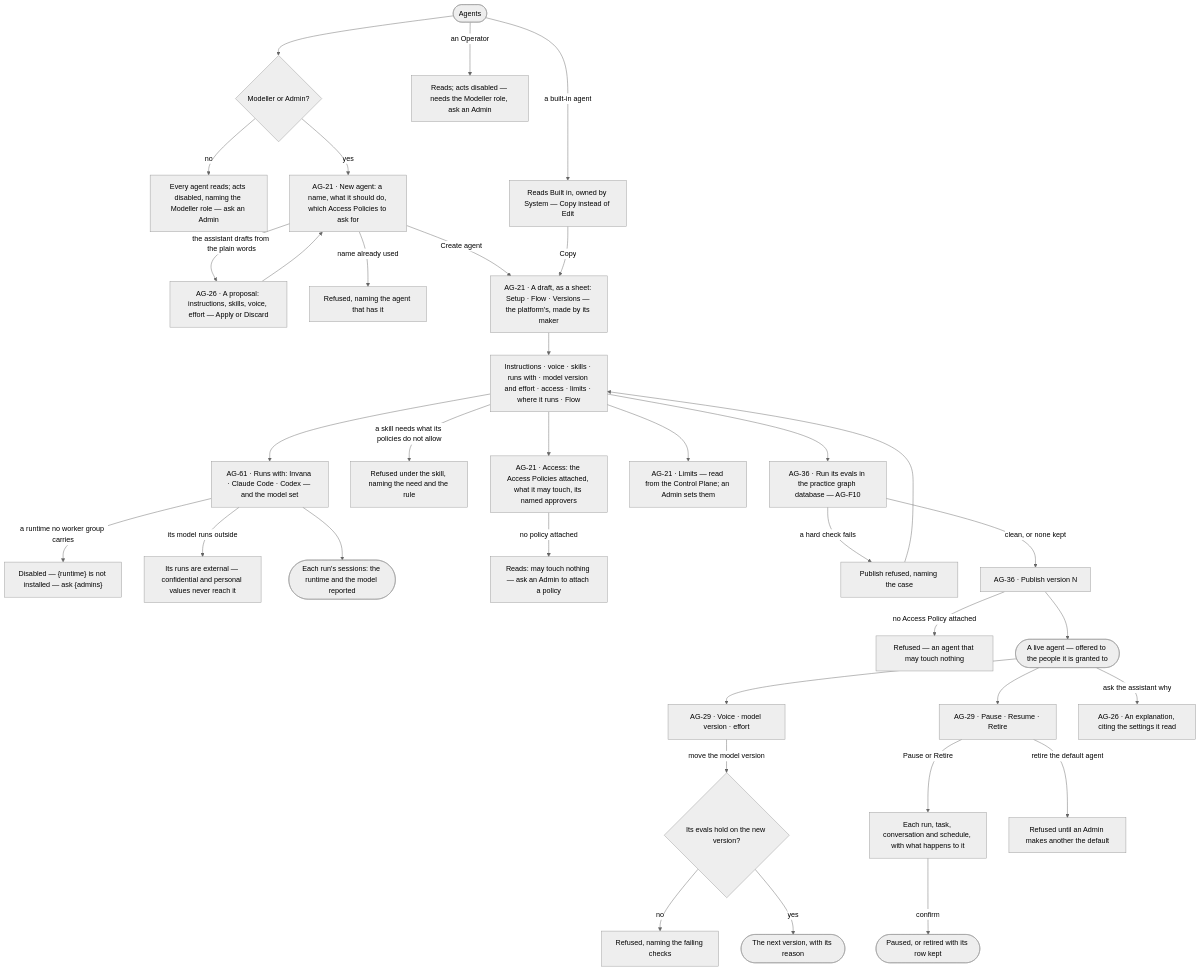
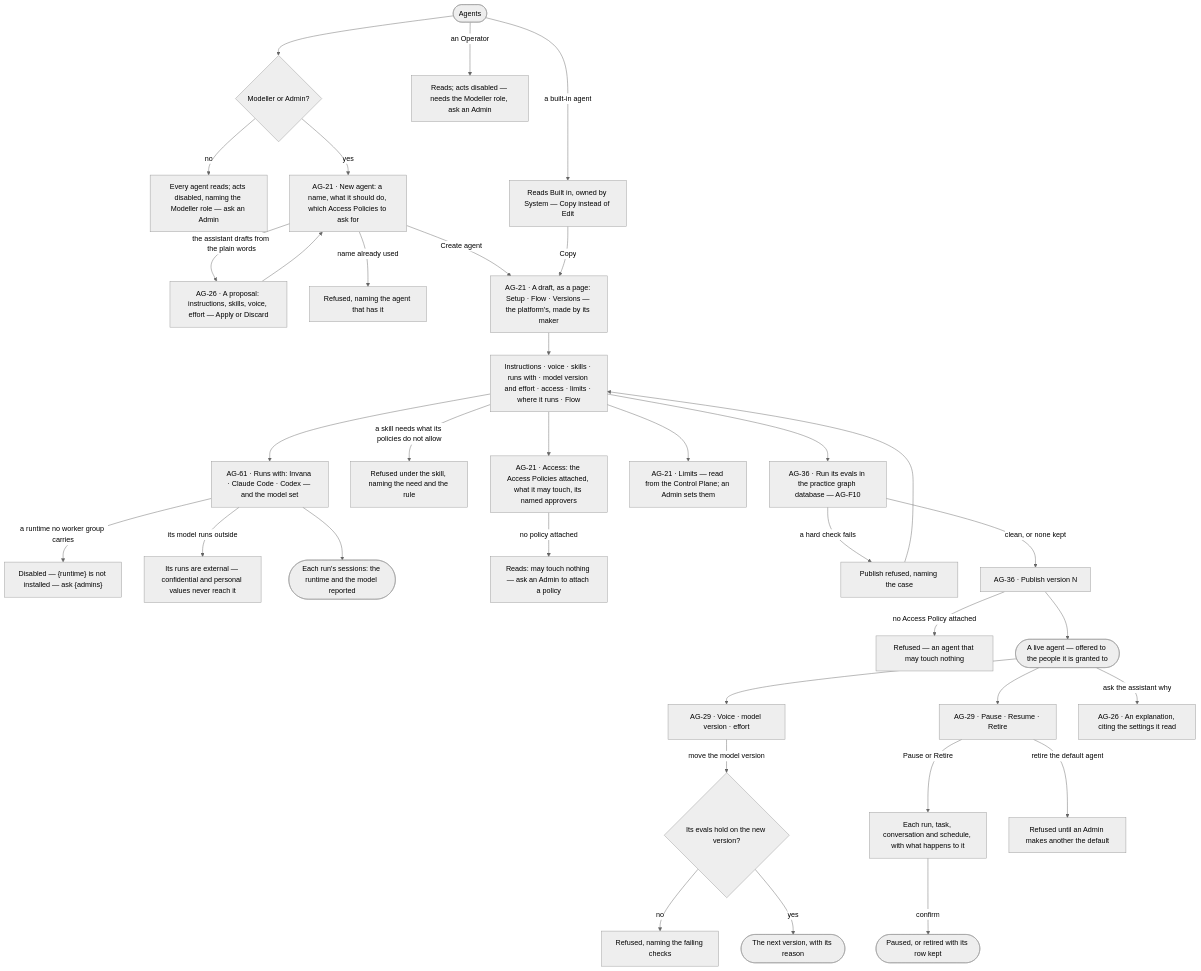
One commit to invana/invana changed the first of 2 diagrams in specs/capabilities/agents/features/AG-F01-build-an-agent/feature.md. Above: the diagram before and after it, drawn with Mermaid (neutral theme). The commit also changed other lines of this file and 133 other files, not shown here.

````diff
--- a/specs/capabilities/agents/features/AG-F01-build-an-agent/feature.md
+++ b/specs/capabilities/agents/features/AG-F01-build-an-agent/feature.md
@@ -26,36 +26,36 @@
 ```mermaid
 flowchart TD
   start([Agents]) --> may{"Modeller or Admin?"}
   may -->|no| ro["Every agent reads; acts disabled, naming the Modeller role — ask an Admin"]
   may -->|yes| new["AG-21 · New agent: a name, what it should do, which Access Policies to ask for"]
   new -->|the assistant drafts from the plain words| as["AG-26 · A proposal: instructions, skills, voice, effort — Apply or Discard"]
   as --> new
   new -->|name already used| nx["Refused, naming the agent that has it"]
-  new -->|Create agent| draft["AG-21 · A draft, as a sheet: Setup · Flow · Versions — the platform's, made by its maker"]
+  new -->|Create agent| draft["AG-21 · A draft, as a page: Setup · Flow · Versions — the platform's, made by its maker"]
   start -->|an Operator| no["Reads; acts disabled — needs the Modeller role, ask an Admin"]
   start -->|a built-in agent| bi["Reads Built in, owned by System — Copy instead of Edit"]
   bi -->|Copy| draft
   draft --> setup["Instructions · voice · skills · runs with · model version and effort · access · limits · where it runs · Flow"]
   setup --> rw["AG-61 · Runs with: Invana · Claude Code · Codex — and the model set"]
   rw -->|a runtime no worker group carries| rwx["Disabled — {runtime} is not installed — ask {admins}"]
   rw -->|its model runs outside| rwe["Its runs are external — confidential and personal values never reach it"]
   rw --> rwr(["Each run's sessions: the runtime and the model reported"])
   setup -->|a skill needs what its policies do not allow| mark["Refused under the skill, naming the need and the rule"]
   setup --> acc["AG-21 · Access: the Access Policies attached, what it may touch, its named approvers"]
   acc -->|no policy attached| nop["Reads: may touch nothing — ask an Admin to attach a policy"]
   setup --> lim["AG-21 · Limits — read from the Control Plane; an Admin sets them"]
   setup --> test["AG-36 · Run its evals in the practice graph database — AG-F10"]
   test -->|a hard check fails| tf["Publish refused, naming the case"] --> setup
   test -->|clean, or none kept| pub["AG-36 · Publish version N"]
   pub -->|no Access Policy attached| px["Refused — an agent that may touch nothing"]
   pub --> live([A live agent — offered to the people it is granted to])
   live --> tune["AG-29 · Voice · model version · effort"]
   tune -->|move the model version| ev{Its evals hold on the new version?}
   ev -->|no| evx["Refused, naming the failing checks"]
   ev -->|yes| v2(["The next version, with its reason"])
   live --> life["AG-29 · Pause · Resume · Retire"]
   life -->|Pause or Retire| prev["Each run, task, conversation and schedule, with what happens to it"]
   prev -->|confirm| done([Paused, or retired with its row kept])
   life -->|retire the default agent| dx["Refused until an Admin makes another the default"]
   live -->|ask the assistant why| as2["AG-26 · An explanation, citing the settings it read"]
 ```
````
